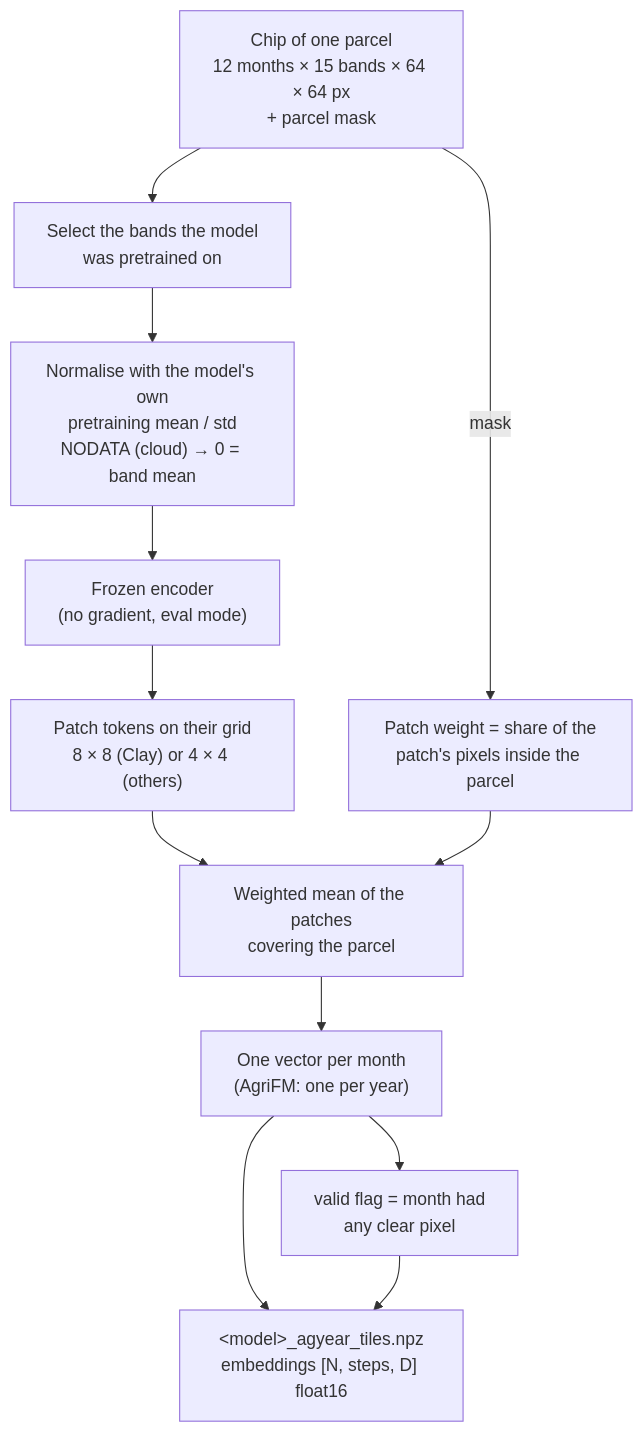
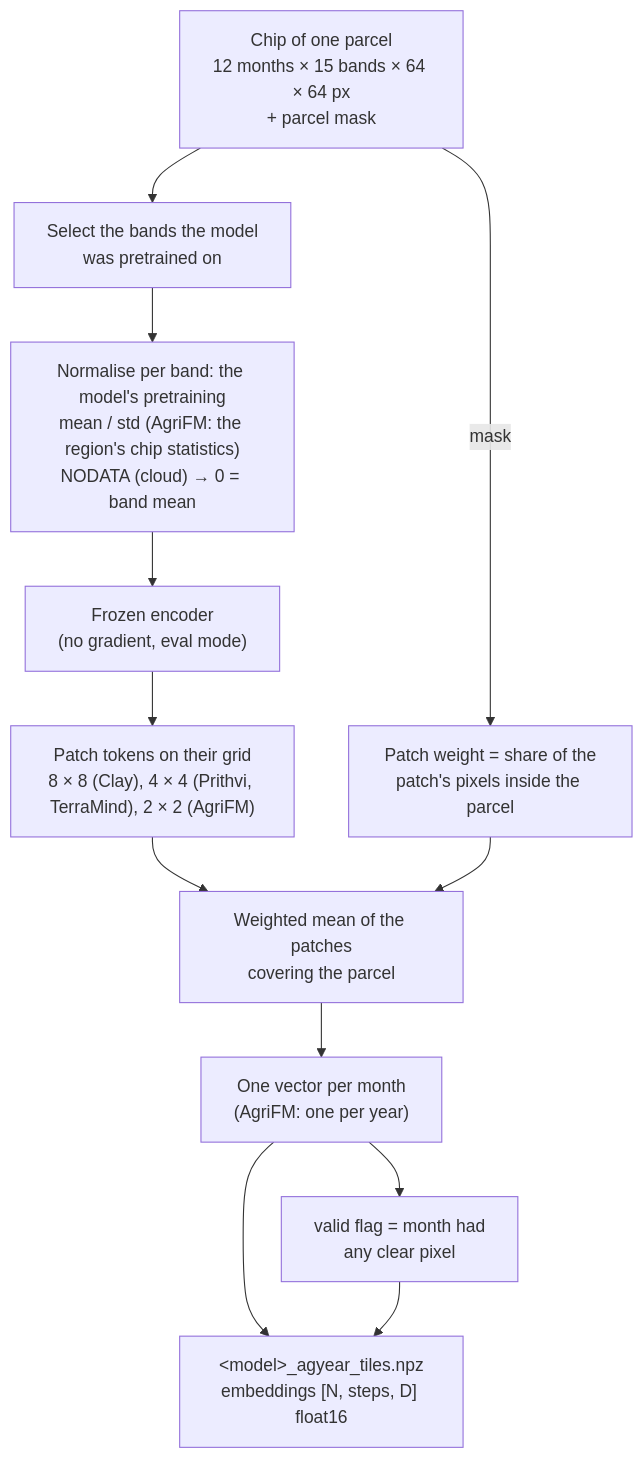
The fourth of 9 diagrams in docs/phase2_models/frozen_encoders.md (amanchry/irrimapping-geofm), drawn with Mermaid before and after one commit. The commit also changed other lines of this file and 30 other files, not shown here.

Commit message:
E02-E05 ready for both regions: label efficiency, seeds, L-TAE/MLP heads, per-region reports

````diff
--- a/docs/phase2_models/frozen_encoders.md
+++ b/docs/phase2_models/frozen_encoders.md
@@ -133,14 +133,14 @@
 ```mermaid
 flowchart TD
     A["Chip of one parcel<br/>12 months × 15 bands × 64 × 64 px<br/>+ parcel mask"] --> B["Select the bands the model<br/>was pretrained on"]
-    B --> C["Normalise with the model's own<br/>pretraining mean / std<br/>NODATA (cloud) → 0 = band mean"]
+    B --> C["Normalise per band: the model's pretraining<br/>mean / std (AgriFM: the region's chip statistics)<br/>NODATA (cloud) → 0 = band mean"]
     C --> D["Frozen encoder<br/>(no gradient, eval mode)"]
-    D --> E["Patch tokens on their grid<br/>8 × 8 (Clay) or 4 × 4 (others)"]
+    D --> E["Patch tokens on their grid<br/>8 × 8 (Clay), 4 × 4 (Prithvi, TerraMind), 2 × 2 (AgriFM)"]
     A -->|"mask"| W["Patch weight = share of the<br/>patch's pixels inside the parcel"]
     E --> F["Weighted mean of the patches<br/>covering the parcel"]
     W --> F
     F --> G["One vector per month<br/>(AgriFM: one per year)"]
     G --> H["valid flag = month had<br/>any clear pixel"]
     G --> O["&lt;model&gt;_agyear_tiles.npz<br/>embeddings [N, steps, D] float16"]
     H --> O
 ```
````
